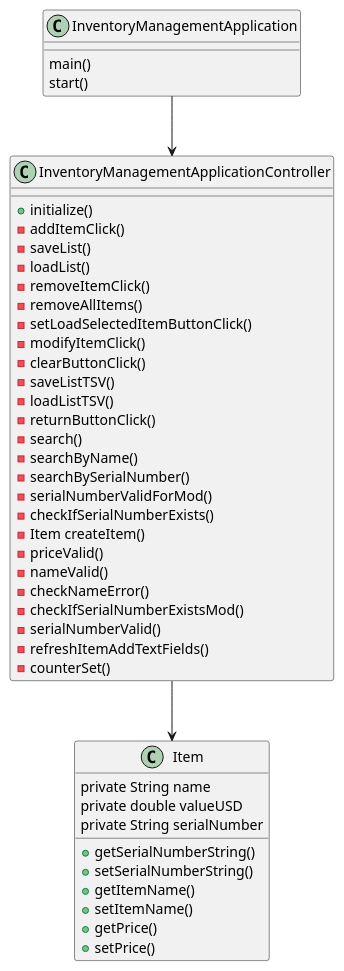
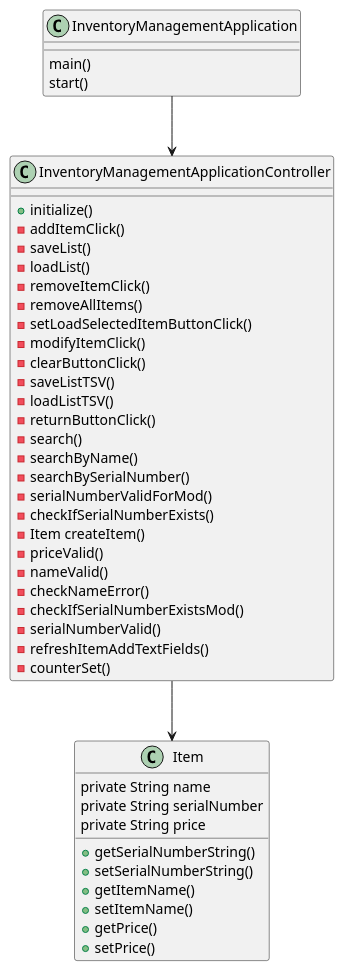
The diagram in docs/InventoryManagementAppUML.puml (airick17/heston-app2), drawn with PlantUML before and after one commit. The commit also changed 1 other file, not shown here.

```diff
--- a/docs/InventoryManagementAppUML.puml
+++ b/docs/InventoryManagementAppUML.puml
@@ -1,61 +1,61 @@
 @startuml
 'https://plantuml.com/class-diagram
 
 class InventoryManagementApplication {
     main()
     start()
 }
 InventoryManagementApplication --> InventoryManagementApplicationController
 
 class Item{
     private String name
-    private double valueUSD
     private String serialNumber
+    private String price
 
     +getSerialNumberString()
     +setSerialNumberString()
     +getItemName()
     +setItemName()
     +getPrice()
     +setPrice()
 
 }
 
 InventoryManagementApplicationController --> Item
 
 class InventoryManagementApplicationController {
     +initialize()
     -addItemClick()
     -saveList()
     -loadList()
     -removeItemClick()
     -removeAllItems()
     -setLoadSelectedItemButtonClick()
     -modifyItemClick()
     -clearButtonClick()
     -saveListTSV()
     -loadListTSV()
     -returnButtonClick()
     -search()
     -searchByName()
     -searchBySerialNumber()
     -serialNumberValidForMod()
     -checkIfSerialNumberExists()
     -Item createItem()
     -priceValid()
     -nameValid()
     -checkNameError()
     -checkIfSerialNumberExistsMod()
     -serialNumberValid()
     -refreshItemAddTextFields()
     -counterSet()
 
 
 
 
 
 
 
 }
 
 @enduml
```
